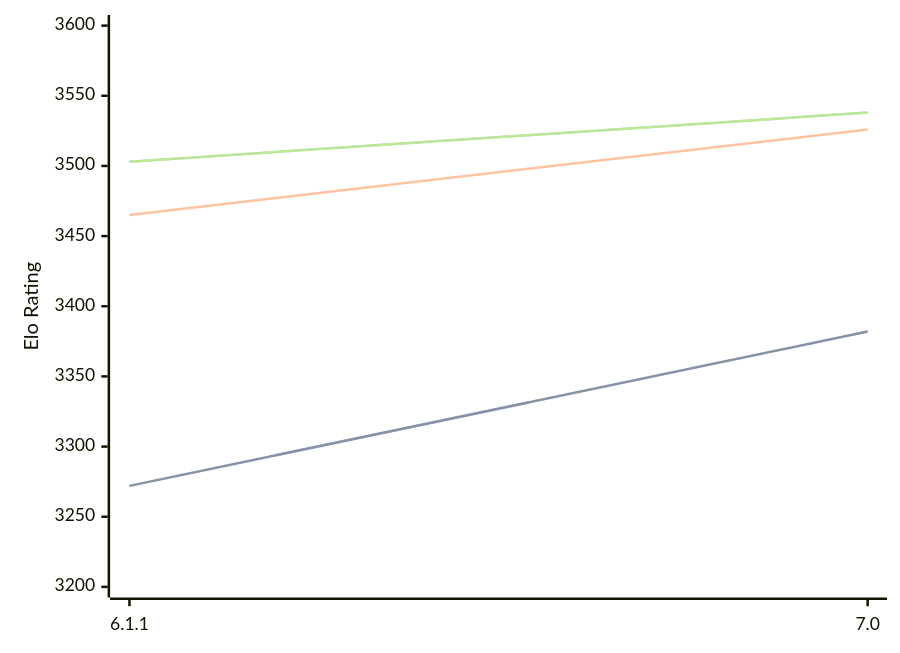
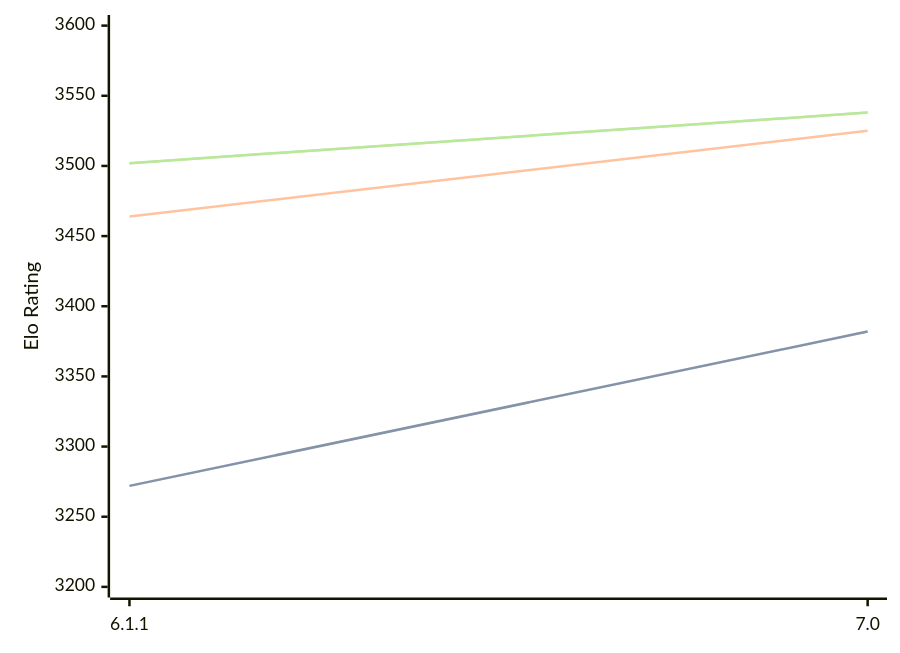
The diagram in engines/Astra.md (computer-chess-index/cci), drawn with Mermaid before and after one commit. The commit also changed other lines of this file, not shown here.

Commit message:
Update CCI Ratings (ELO VLTC) - 2026-08-11

````diff
--- a/engines/Astra.md
+++ b/engines/Astra.md
@@ -32,11 +32,11 @@
 ```mermaid
 %%{init: {"theme":"base","themeVariables":{"seriesColors:['#a3a3a3','#222221','#faa371']}}}%%
 xychart-beta
   x-axis ["6.1.1", "7.0"]
   y-axis "Elo Rating" 3200 --> 3600
   line "STC (8.0+0.08s)" [3272, 3382]
   line "STC (8.0+0.08s)" [3272, 3382]
-  line "LTC (60.0+0.60s)" [3465, 3526]
-  line "VLTC (2m24s+1.12s)" [3503, 3538]
-  line "VLTC (2m24s+1.12s)" [3503, 3538]
+  line "LTC (60.0+0.60s)" [3464, 3525]
+  line "VLTC (2m24s+1.12s)" [3502, 3538]
+  line "VLTC (2m24s+1.12s)" [3502, 3538]
 ```
````
